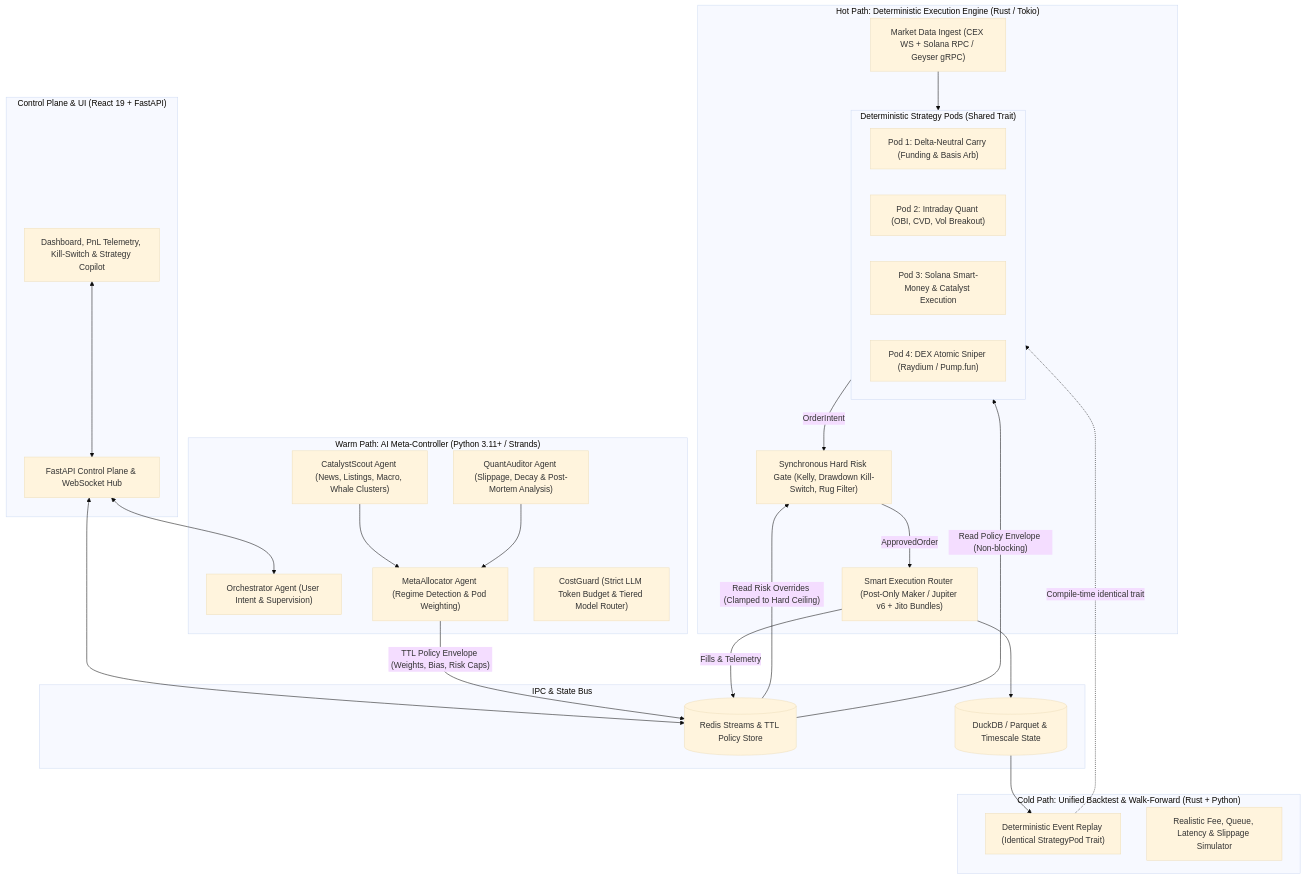
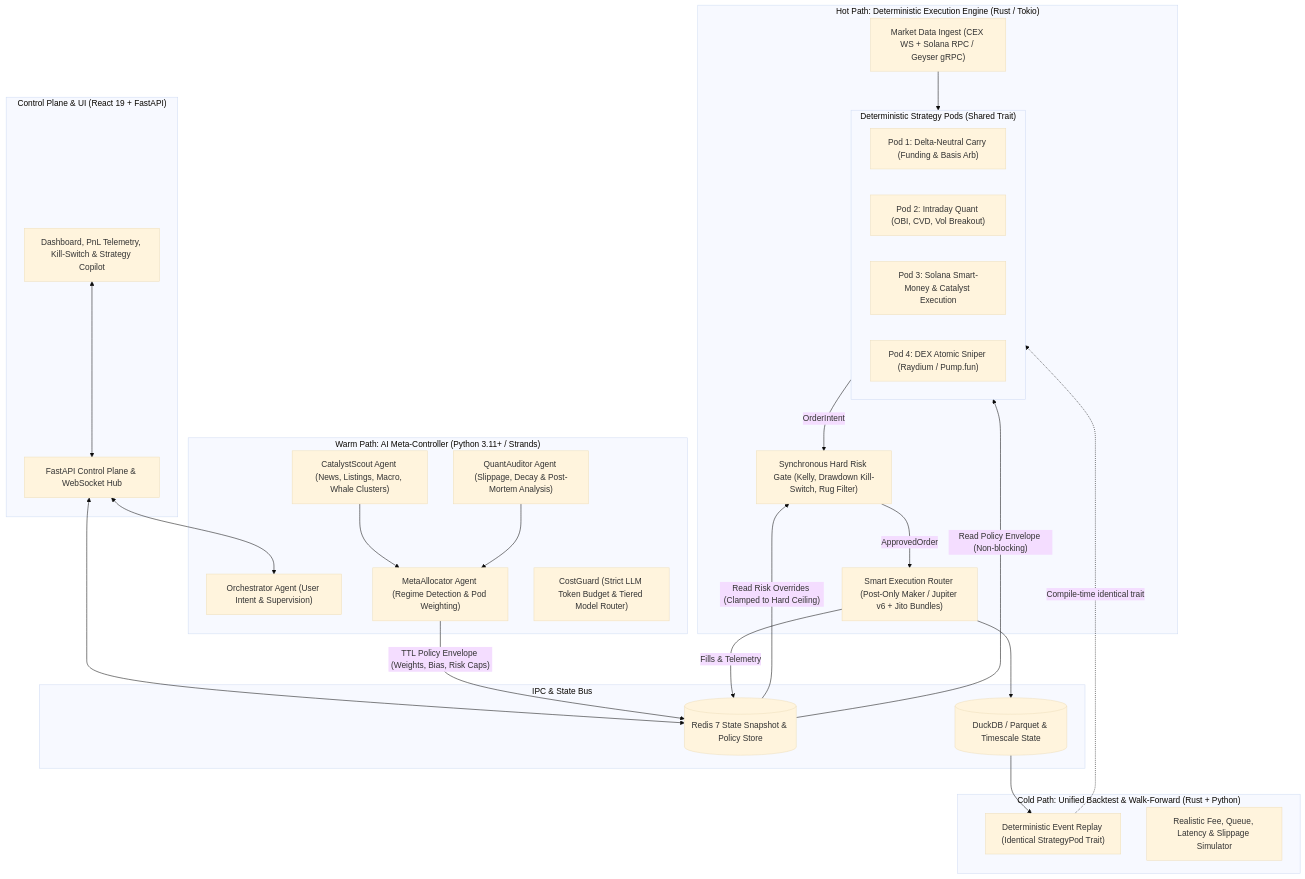
The diagram in docs/adr/0001-hybrid-quant-agentic-architecture.md (hcross/robotrader), drawn with Mermaid (base theme) before and after one commit. The commit also changed other lines of this file and 11 other files, not shown here.

````diff
--- a/docs/adr/0001-hybrid-quant-agentic-architecture.md
+++ b/docs/adr/0001-hybrid-quant-agentic-architecture.md
@@ -57,53 +57,53 @@
 ```mermaid
 flowchart TB
     subgraph UI["Control Plane & UI (React 19 + FastAPI)"]
         WebUI["Dashboard, PnL Telemetry, Kill-Switch & Strategy Copilot"]
         APIGW["FastAPI Control Plane & WebSocket Hub"]
     end
 
     subgraph WarmPath["Warm Path: AI Meta-Controller (Python 3.11+ / Strands)"]
         Orchestrator["Orchestrator Agent (User Intent & Supervision)"]
         CatalystScout["CatalystScout Agent (News, Listings, Macro, Whale Clusters)"]
         MetaAllocator["MetaAllocator Agent (Regime Detection & Pod Weighting)"]
         QuantAuditor["QuantAuditor Agent (Slippage, Decay & Post-Mortem Analysis)"]
         CostGuard["CostGuard (Strict LLM Token Budget & Tiered Model Router)"]
     end
 
     subgraph IPC["IPC & State Bus"]
-        Redis[("Redis Streams & TTL Policy Store")]
+        Redis[("Redis 7 State Snapshot & Policy Store")]
         TSDB[("DuckDB / Parquet & Timescale State")]
     end
 
     subgraph HotPath["Hot Path: Deterministic Execution Engine (Rust / Tokio)"]
         Ingest["Market Data Ingest (CEX WS + Solana RPC / Geyser gRPC)"]
         subgraph Pods["Deterministic Strategy Pods (Shared Trait)"]
             Pod1["Pod 1: Delta-Neutral Carry (Funding & Basis Arb)"]
             Pod2["Pod 2: Intraday Quant (OBI, CVD, Vol Breakout)"]
             Pod3["Pod 3: Solana Smart-Money & Catalyst Execution"]
             Pod4["Pod 4: DEX Atomic Sniper (Raydium / Pump.fun)"]
         end
         RiskGate["Synchronous Hard Risk Gate (Kelly, Drawdown Kill-Switch, Rug Filter)"]
         ExecRouter["Smart Execution Router (Post-Only Maker / Jupiter v6 + Jito Bundles)"]
     end
 
     subgraph ColdPath["Cold Path: Unified Backtest & Walk-Forward (Rust + Python)"]
         Replay["Deterministic Event Replay (Identical StrategyPod Trait)"]
         FeeModel["Realistic Fee, Queue, Latency & Slippage Simulator"]
     end
 
     WebUI <--> APIGW
     APIGW <--> Orchestrator
     APIGW <--> Redis
     CatalystScout --> MetaAllocator
     QuantAuditor --> MetaAllocator
     MetaAllocator -->|"TTL Policy Envelope (Weights, Bias, Risk Caps)"| Redis
     Redis -->|"Read Policy Envelope (Non-blocking)"| Pods
     Redis -->|"Read Risk Overrides (Clamped to Hard Ceiling)"| RiskGate
     Ingest --> Pods
     Pods -->|"OrderIntent"| RiskGate
     RiskGate -->|"ApprovedOrder"| ExecRouter
     ExecRouter -->|"Fills & Telemetry"| Redis
     ExecRouter --> TSDB
     TSDB --> Replay
     Replay -.->|"Compile-time identical trait"| Pods
 ```
````
